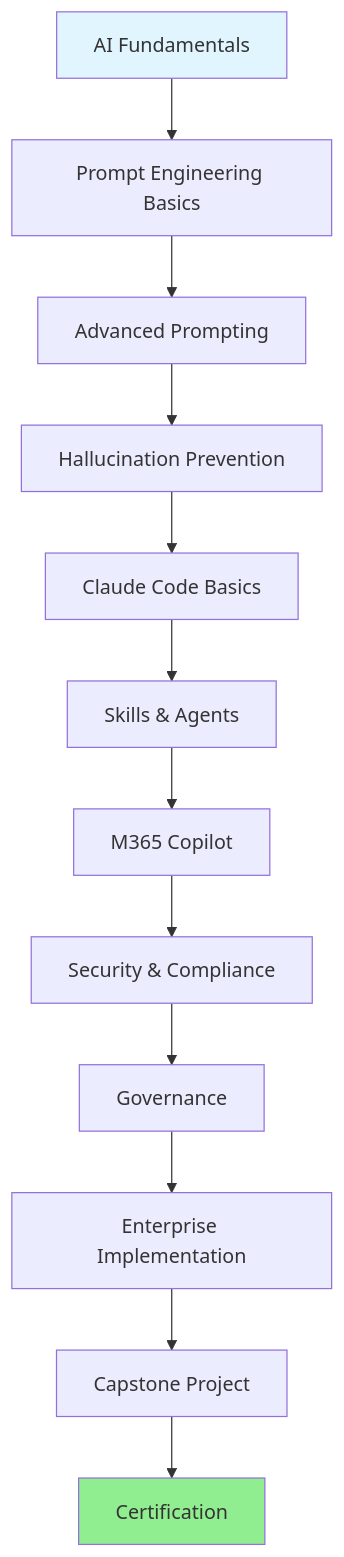
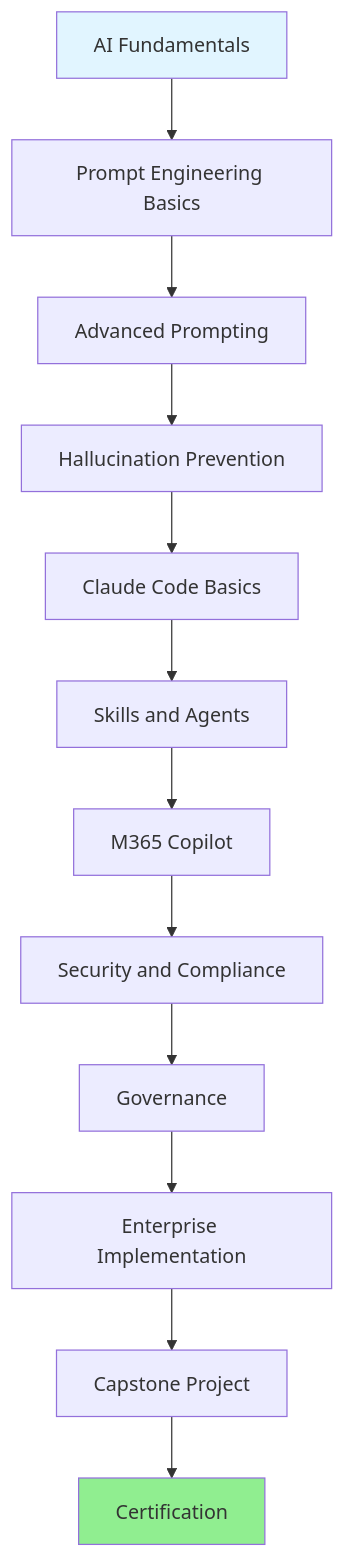
One commit to DXCSithlordPadawan/training changed the second of 10 diagrams in README.md. Above: the diagram before and after it, drawn with Mermaid. The commit also changed other lines of this file, not shown here.

Commit message:
Fix formatting in README for skills and compliance

````diff
--- a/README.md
+++ b/README.md
@@ -181,17 +181,17 @@
 ```mermaid
 graph TD
     A[AI Fundamentals] --> B[Prompt Engineering Basics]
     B --> C[Advanced Prompting]
     C --> D[Hallucination Prevention]
     D --> E[Claude Code Basics]
-    E --> F[Skills & Agents]
+    E --> F[Skills and Agents]
     F --> G[M365 Copilot]
-    G --> H[Security & Compliance]
+    G --> H[Security and Compliance]
     H --> I[Governance]
     I --> J[Enterprise Implementation]
     J --> K[Capstone Project]
     K --> L[Certification]
 
     style A fill:#e1f5ff
     style L fill:#90EE90
 ```
````
